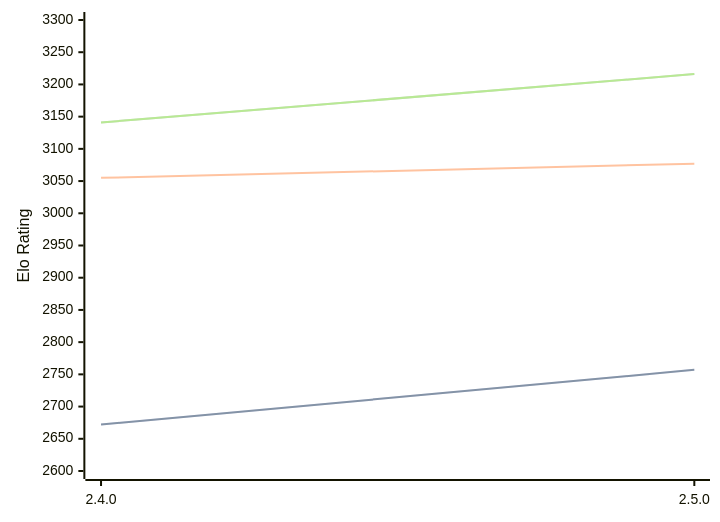
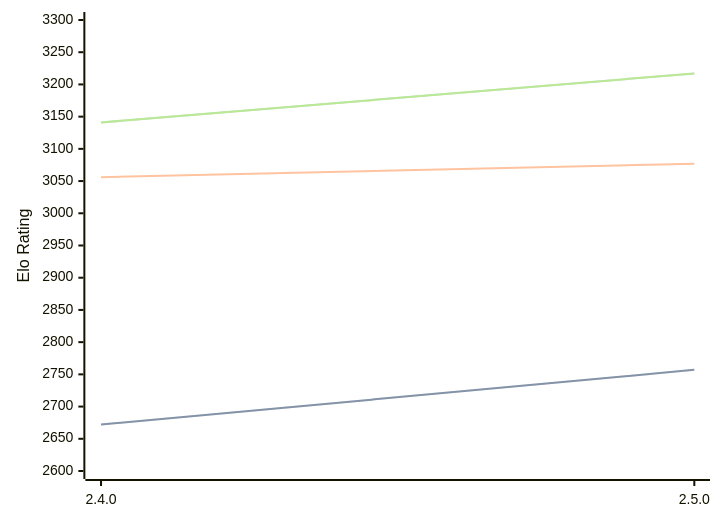
Before and after one commit to computer-chess-index/cci: the diagram in engines/Sturddle2.md, drawn with Mermaid. The commit also changed other lines of this file, not shown here.

Commit message:
Update CCI Ratings (ELO VLTC) - 2026-05-15

````diff
--- a/engines/Sturddle2.md
+++ b/engines/Sturddle2.md
@@ -37,11 +37,11 @@
 ```mermaid
 %%{init: {"theme":"base","themeVariables":{"seriesColors:['#a3a3a3','#222221','#faa371']}}}%%
 xychart-beta
   x-axis ["2.4.0", "2.5.0"]
   y-axis "Elo Rating" 2600 --> 3300
   line "STC (8.0+0.08s)" [2672, 2757]
   line "STC (8.0+0.08s)" [2672, 2757]
-  line "LTC (60.0+0.60s)" [3055, 3077]
-  line "VLTC (2m24s+1.12s)" [3141, 3216]
-  line "VLTC (2m24s+1.12s)" [3141, 3216]
+  line "LTC (60.0+0.60s)" [3056, 3077]
+  line "VLTC (2m24s+1.12s)" [3141, 3217]
+  line "VLTC (2m24s+1.12s)" [3141, 3217]
 ```
````
